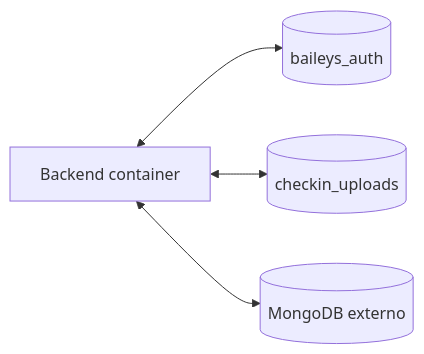
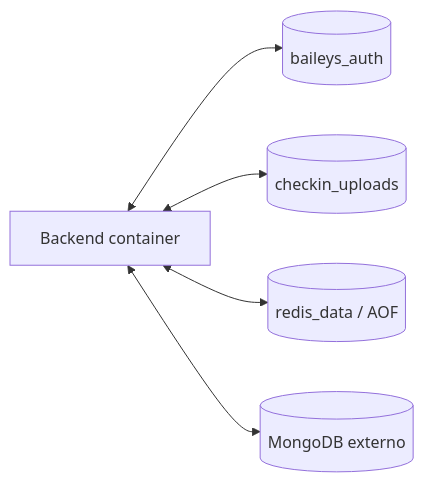
Before and after one commit to deco31416/wp-monitor: the diagram in docs/operations/docker.md, drawn with Mermaid. The commit also changed other lines of this file and 121 other files, not shown here.

````diff
--- a/docs/operations/docker.md
+++ b/docs/operations/docker.md
@@ -54,10 +55,12 @@
 ```mermaid
 flowchart LR
     Backend[Backend container]
     Auth[(baileys_auth)]
     Uploads[(checkin_uploads)]
+    Redis[(redis_data / AOF)]
     Mongo[(MongoDB externo)]
     Backend <--> Auth
     Backend <--> Uploads
+    Backend <--> Redis
     Backend <--> Mongo
 ```
````
